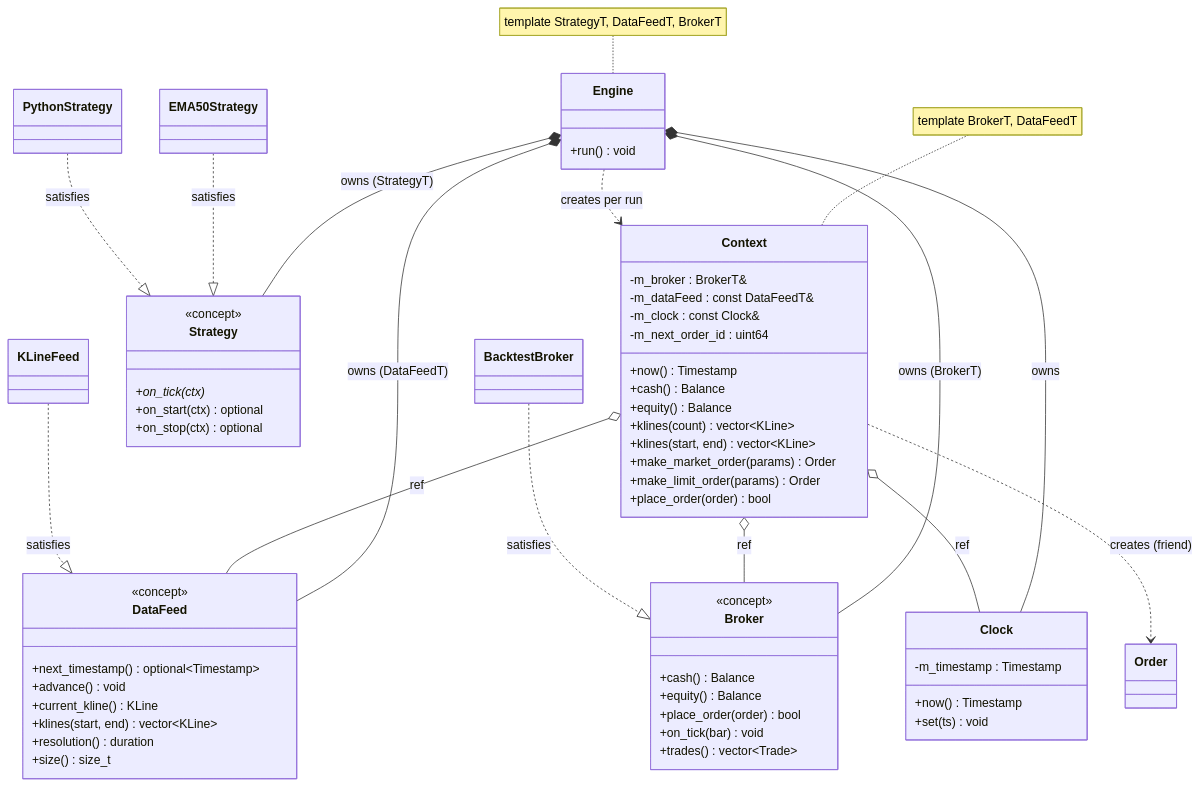
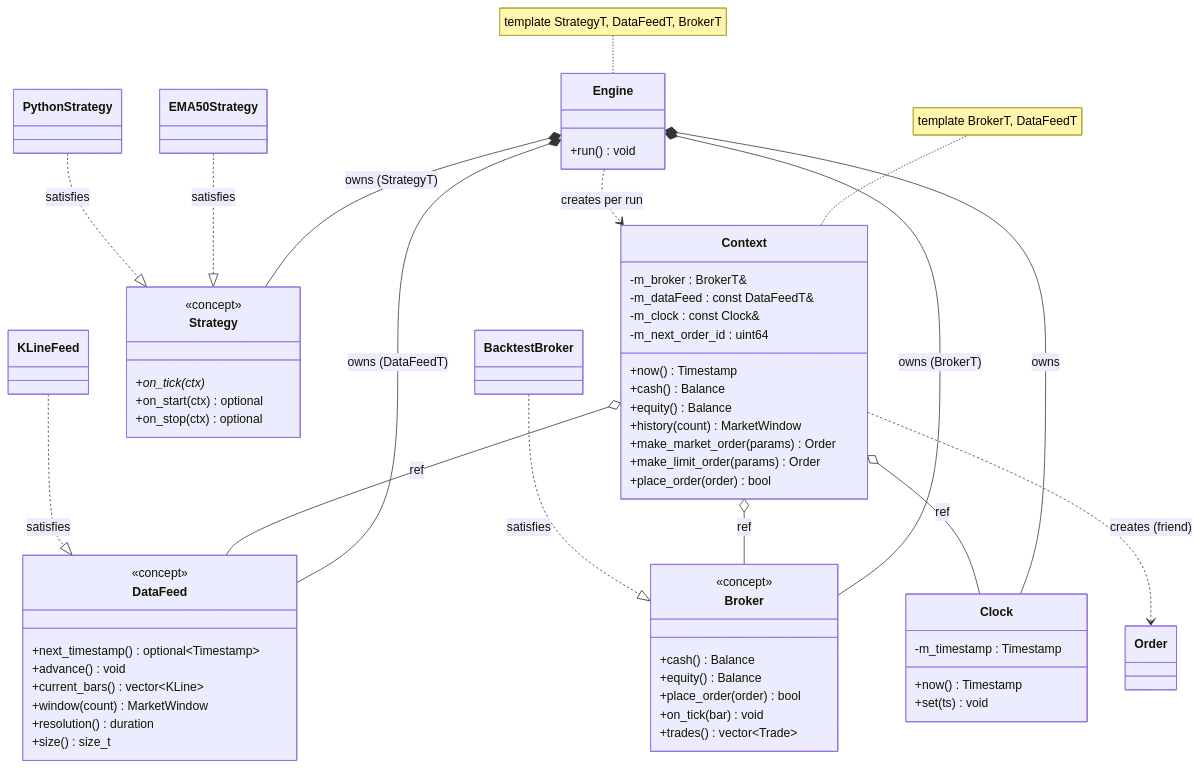
Before and after one commit to barberkman/stonks: the first of 7 diagrams in docs/architecture.md, drawn with Mermaid. The commit also changed other lines of this file and 25 other files, not shown here.

First line of the commit message:
Replace flat KLine feed with columnar per-timestamp multi-symbol window

````diff
--- a/docs/architecture.md
+++ b/docs/architecture.md
@@ -14,69 +14,68 @@
 ```mermaid
 classDiagram
     class Engine {
         +run() void
     }
     class Context {
         -m_broker : BrokerT&
         -m_dataFeed : const DataFeedT&
         -m_clock : const Clock&
         -m_next_order_id : uint64
         +now() Timestamp
         +cash() Balance
         +equity() Balance
-        +klines(count) vector~KLine~
-        +klines(start, end) vector~KLine~
+        +history(count) MarketWindow
         +make_market_order(params) Order
         +make_limit_order(params) Order
         +place_order(order) bool
     }
     class Clock {
         -m_timestamp : Timestamp
         +now() Timestamp
         +set(ts) void
     }
     class Strategy {
         <<concept>>
         +on_tick(ctx)*
         +on_start(ctx) optional
         +on_stop(ctx) optional
     }
     class DataFeed {
         <<concept>>
         +next_timestamp() optional~Timestamp~
         +advance() void
-        +current_kline() KLine
-        +klines(start, end) vector~KLine~
+        +current_bars() vector~KLine~
+        +window(count) MarketWindow
         +resolution() duration
         +size() size_t
     }
     class Broker {
         <<concept>>
         +cash() Balance
         +equity() Balance
         +place_order(order) bool
         +on_tick(bar) void
         +trades() vector~Trade~
     }
     class KLineFeed
     class BacktestBroker
     class EMA50Strategy
     class PythonStrategy
 
     note for Engine "template StrategyT, DataFeedT, BrokerT"
     note for Context "template BrokerT, DataFeedT"
 
     Engine *-- Strategy : owns (StrategyT)
     Engine *-- DataFeed : owns (DataFeedT)
     Engine *-- Broker : owns (BrokerT)
     Engine *-- Clock : owns
     Engine ..> Context : creates per run
     Context o-- Broker : ref
     Context o-- DataFeed : ref
     Context o-- Clock : ref
     Context ..> Order : creates (friend)
     KLineFeed ..|> DataFeed : satisfies
     BacktestBroker ..|> Broker : satisfies
     EMA50Strategy ..|> Strategy : satisfies
     PythonStrategy ..|> Strategy : satisfies
 ```
````
